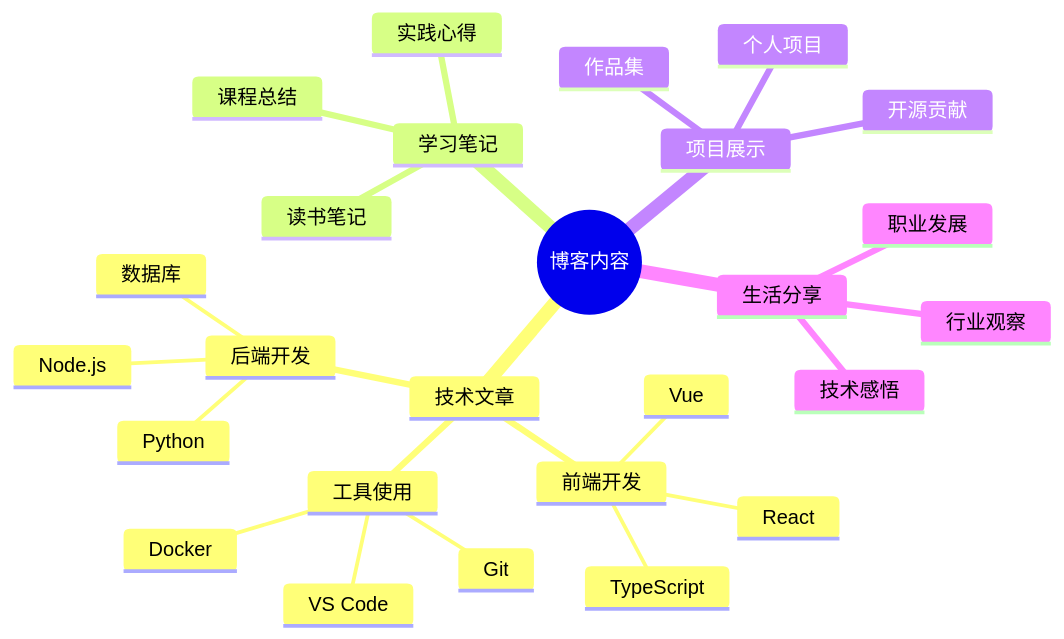
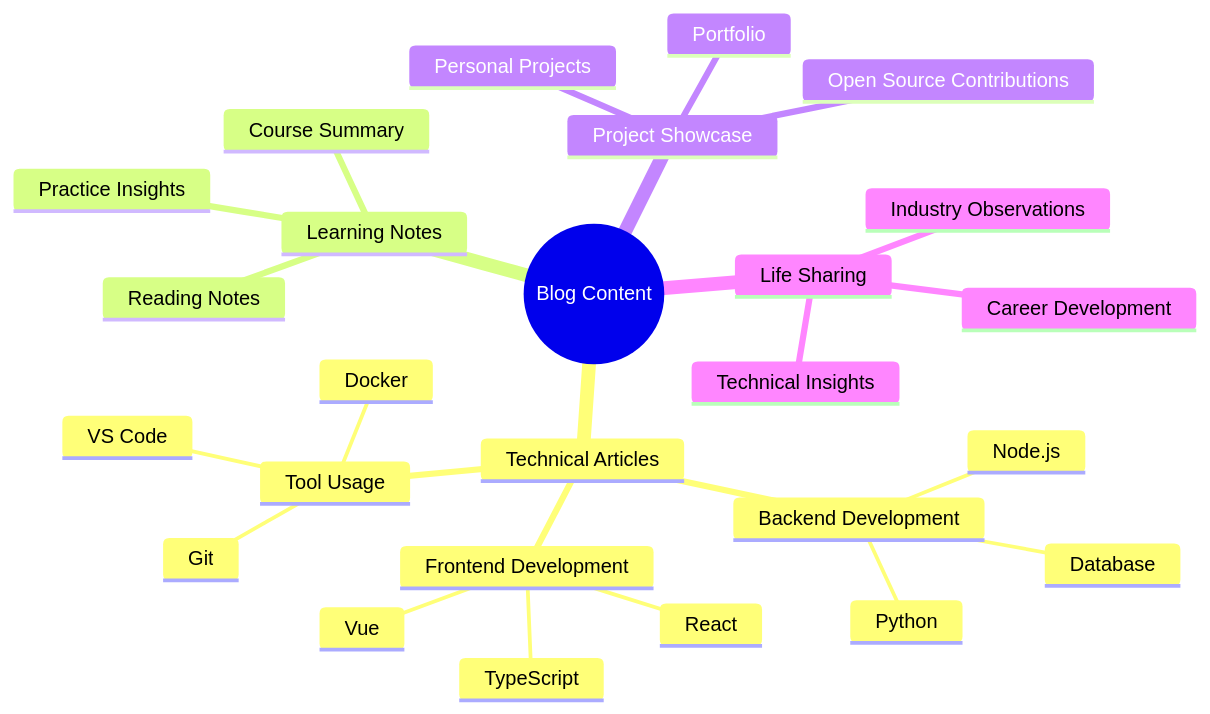
Before and after one commit to ChanMeng666/ai-programming-teaching-project: the fifth of 10 diagrams in i18n/en/docusaurus-plugin-content-docs/version-2024-winter/tutorials/docusaurus-tutorial.mdx, drawn with Mermaid. The commit also changed other lines of this file and 11 other files, not shown here.

````diff
--- a/i18n/en/docusaurus-plugin-content-docs/version-2024-winter/tutorials/docusaurus-tutorial.mdx
+++ b/i18n/en/docusaurus-plugin-content-docs/version-2024-winter/tutorials/docusaurus-tutorial.mdx
@@ -310,29 +310,29 @@
 ```mermaid
 mindmap
-  root((博客内容))
-    技术文章
-      前端开发
+  root((Blog Content))
+    Technical Articles
+      Frontend Development
         React
         Vue
         TypeScript
-      后端开发
+      Backend Development
         Node.js
         Python
-        数据库
-      工具使用
+        Database
+      Tool Usage
         Git
         VS Code
         Docker
-    学习笔记
-      读书笔记
-      课程总结
-      实践心得
-    项目展示
-      个人项目
-      开源贡献
-      作品集
-    生活分享
-      技术感悟
-      职业发展
-      行业观察
+    Learning Notes
+      Reading Notes
+      Course Summary
+      Practice Insights
+    Project Showcase
+      Personal Projects
+      Open Source Contributions
+      Portfolio
+    Life Sharing
+      Technical Insights
+      Career Development
+      Industry Observations
 ```
````
